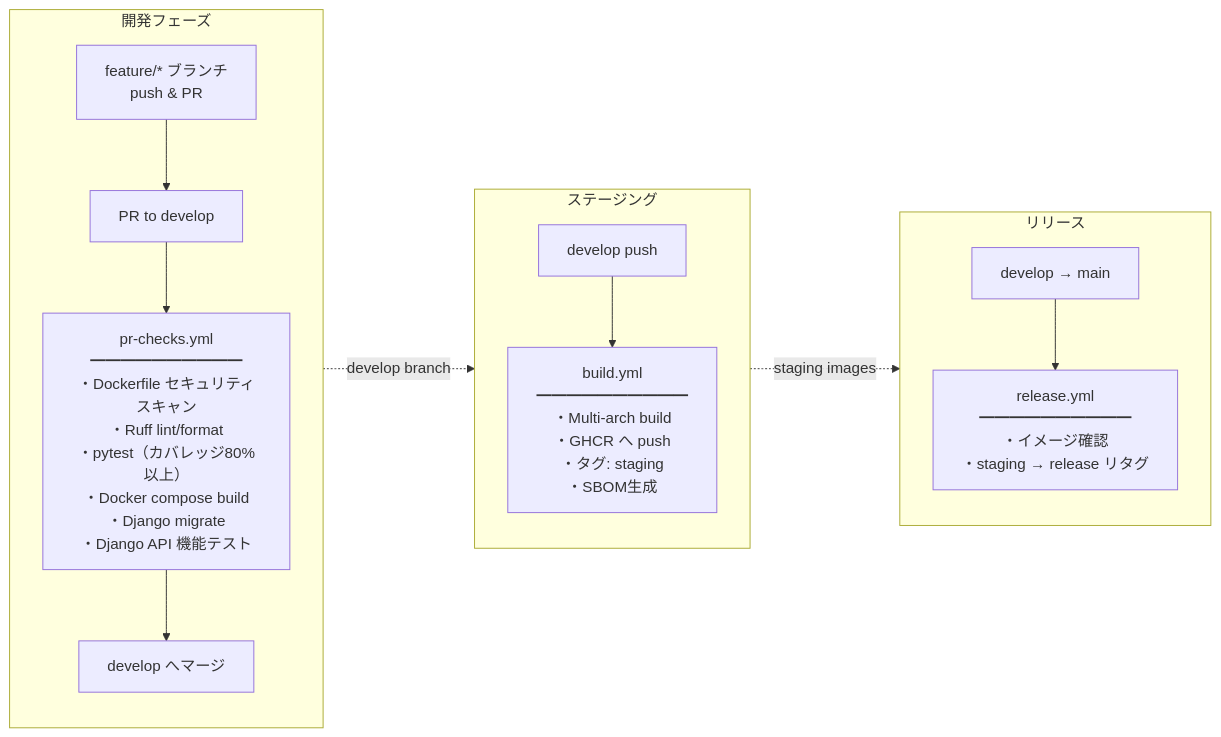
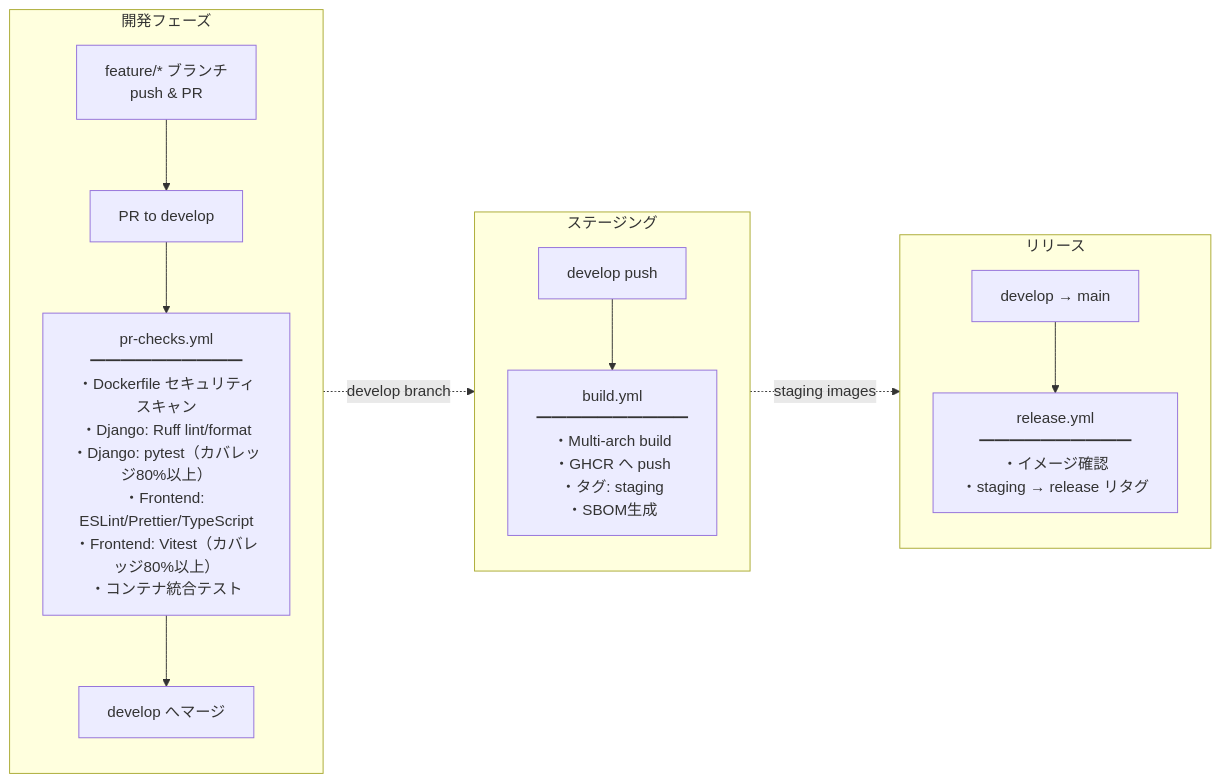
Before and after one commit to kagiyama-baking/kawashiro-server: the diagram in README.md, drawn with Mermaid. The commit also changed other lines of this file and 2 other files, not shown here.

````diff
--- a/README.md
+++ b/README.md
@@ -202,38 +210,38 @@
 ```mermaid
 flowchart LR
 
   %% 開発フェーズ（PR → develop）
   subgraph Dev["開発フェーズ"]
     direction TB
     A[feature/* ブランチ<br/>push & PR]
     B[PR to develop]
-    C[pr-checks.yml<br/>━━━━━━━━━━<br/>・Dockerfile セキュリティスキャン<br/>・Ruff lint/format<br/>・pytest（カバレッジ80%以上）<br/>・Docker compose build<br/>・Django migrate<br/>・Django API 機能テスト]
+    C[pr-checks.yml<br/>━━━━━━━━━━<br/>・Dockerfile セキュリティスキャン<br/>・Django: Ruff lint/format<br/>・Django: pytest（カバレッジ80%以上）<br/>・Frontend: ESLint/Prettier/TypeScript<br/>・Frontend: Vitest（カバレッジ80%以上）<br/>・コンテナ統合テスト]
     D[develop へマージ]
 
     A --> B
     B --> C
     C --> D
   end
 
   %% ステージング（develop push）
   subgraph Stg["ステージング"]
     direction TB
     E[develop push]
     F[build.yml<br/>━━━━━━━━━━<br/>・Multi-arch build<br/>・GHCR へ push<br/>・タグ: staging<br/>・SBOM生成]
 
     E --> F
   end
 
   %% リリース（main push）
   subgraph Rel["リリース"]
     direction TB
     G[develop → main]
     H[release.yml<br/>━━━━━━━━━━<br/>・イメージ確認<br/>・staging → release リタグ]
 
     G --> H
   end
 
   %% フェーズ間の接続
   Dev -.->|develop branch| Stg
   Stg -.->|staging images| Rel
 ```
````
